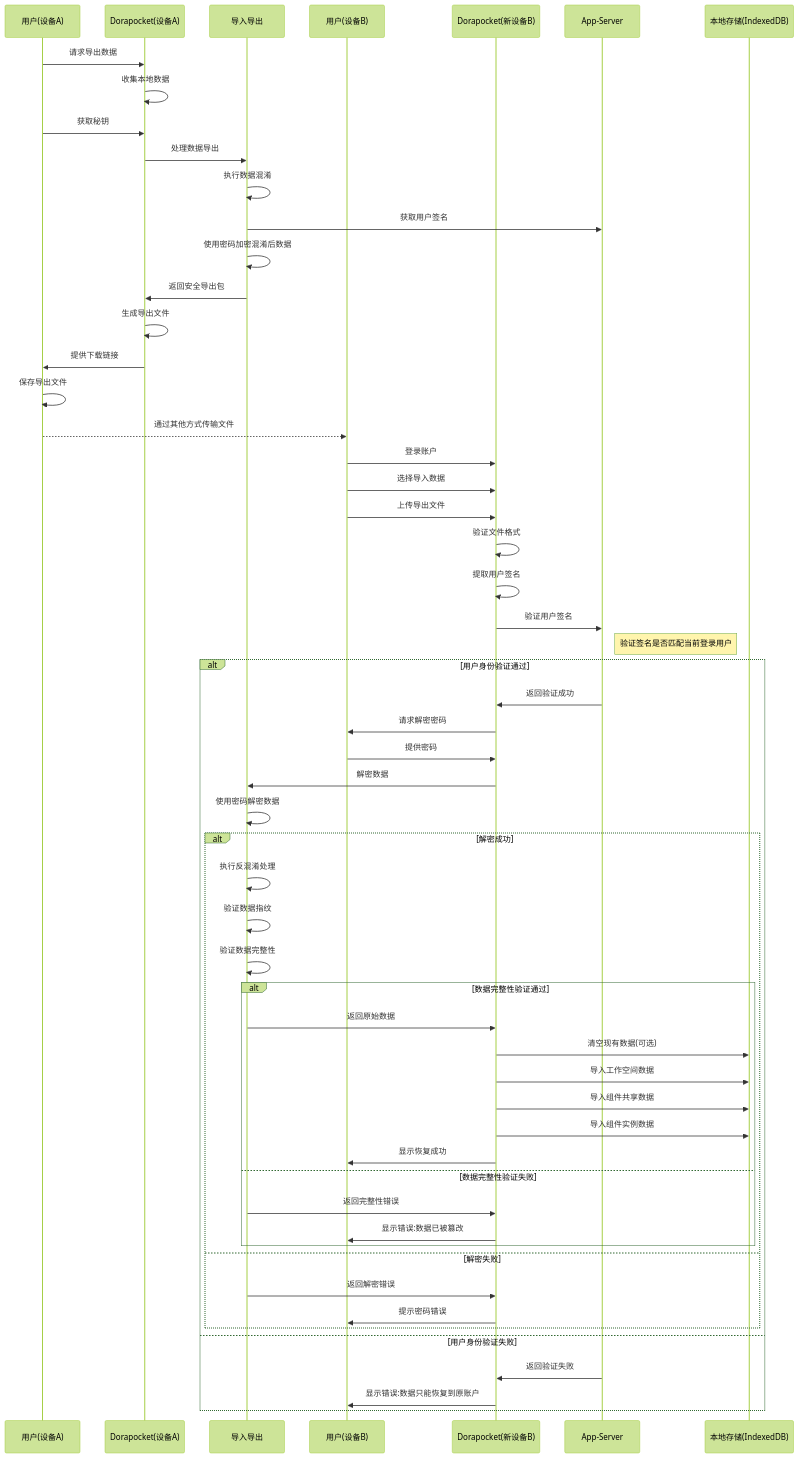
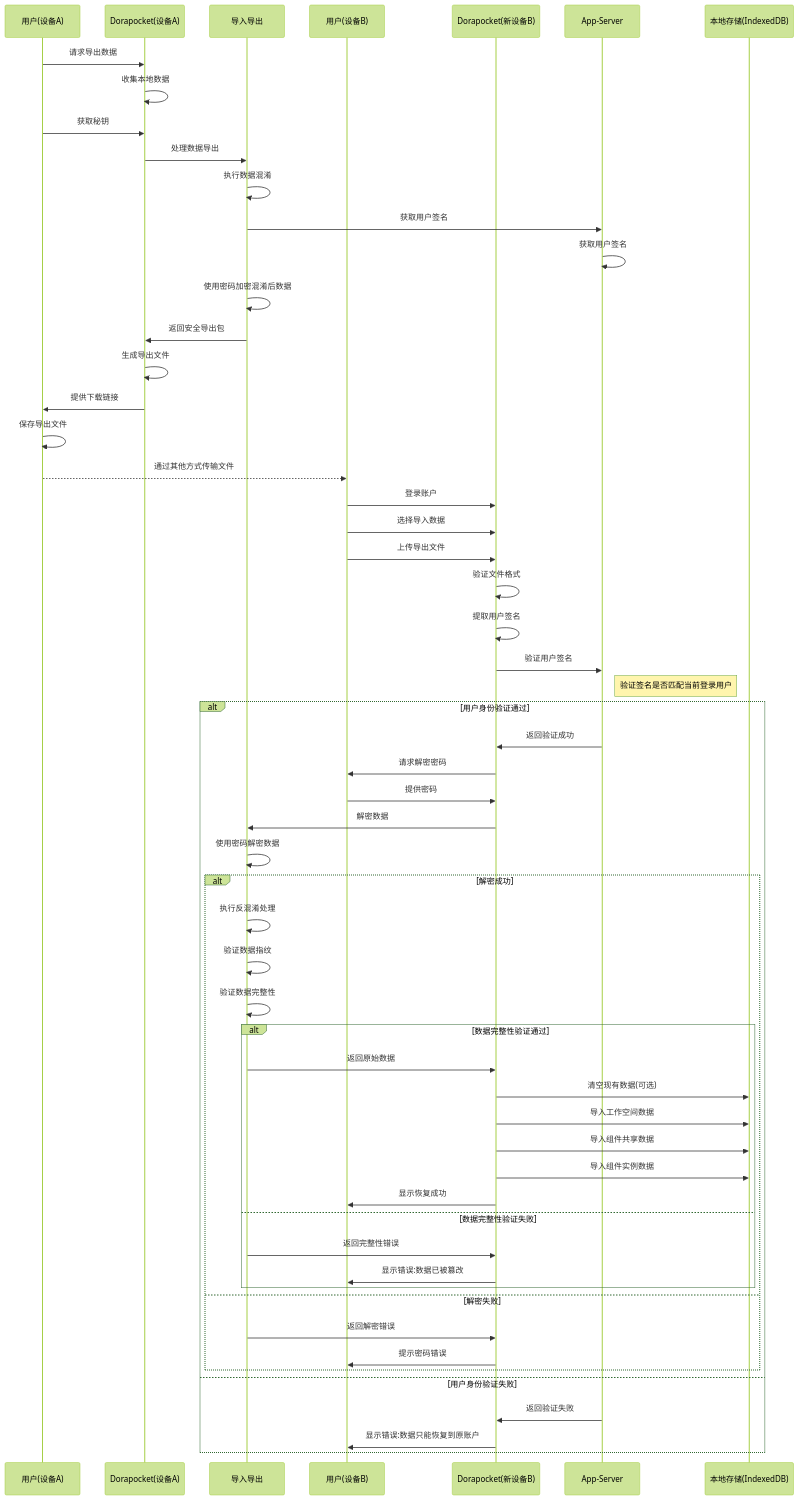
The diagram in all/未命名-34.md (yingjianzh/iodraw-files), drawn with Mermaid (forest theme) before and after one commit.

Commit message:
2025-04-17 16:52:55 update

````diff
--- a/all/未命名-34.md
+++ b/all/未命名-34.md
@@ -1,73 +1,73 @@
 ```mermaid
 sequenceDiagram
     participant UserOld as 用户(设备A)
     participant AppOld as Dorapocket(设备A)
     participant Security as 导入导出
     participant UserNew as 用户(设备B)
     participant AppNew as Dorapocket(新设备B)
     participant AppServer as App-Server
     participant LocalDB as 本地存储(IndexedDB)
     
     %% 导出流程
     UserOld->>AppOld: 请求导出数据
     AppOld->>AppOld: 收集本地数据
     UserOld->>AppOld: 获取秘钥
     
     AppOld->>Security: 处理数据导出
     Security->>Security: 执行数据混淆
     Security->>AppServer: 获取用户签名
-    
+    AppServer->>AppServer: 获取用户签名
     Security->>Security: 使用密码加密混淆后数据
     Security->>AppOld: 返回安全导出包
     
     AppOld->>AppOld: 生成导出文件
     AppOld->>UserOld: 提供下载链接
     UserOld->>UserOld: 保存导出文件
     
     %% 传输文件(由用户完成)
     UserOld-->>UserNew: 通过其他方式传输文件
     
     %% 恢复流程
     UserNew->>AppNew: 登录账户
     UserNew->>AppNew: 选择导入数据
     UserNew->>AppNew: 上传导出文件
     
     AppNew->>AppNew: 验证文件格式
     AppNew->>AppNew: 提取用户签名
     
     AppNew->>AppServer: 验证用户签名
     note right of AppServer: 验证签名是否匹配当前登录用户
     
     alt 用户身份验证通过
         AppServer->>AppNew: 返回验证成功
         AppNew->>UserNew: 请求解密密码
         UserNew->>AppNew: 提供密码
         
         AppNew->>Security: 解密数据
         Security->>Security: 使用密码解密数据
         
         alt 解密成功
             Security->>Security: 执行反混淆处理
             Security->>Security: 验证数据指纹
             Security->>Security: 验证数据完整性
             
             alt 数据完整性验证通过
                 Security->>AppNew: 返回原始数据
                 AppNew->>LocalDB: 清空现有数据(可选)
                 AppNew->>LocalDB: 导入工作空间数据
                 AppNew->>LocalDB: 导入组件共享数据
                 AppNew->>LocalDB: 导入组件实例数据
                 AppNew->>UserNew: 显示恢复成功
             else 数据完整性验证失败
                 Security->>AppNew: 返回完整性错误
                 AppNew->>UserNew: 显示错误:数据已被篡改
             end
         else 解密失败
             Security->>AppNew: 返回解密错误
             AppNew->>UserNew: 提示密码错误
         end
     else 用户身份验证失败
         AppServer->>AppNew: 返回验证失败
         AppNew->>UserNew: 显示错误:数据只能恢复到原账户
     end
 ```
````
